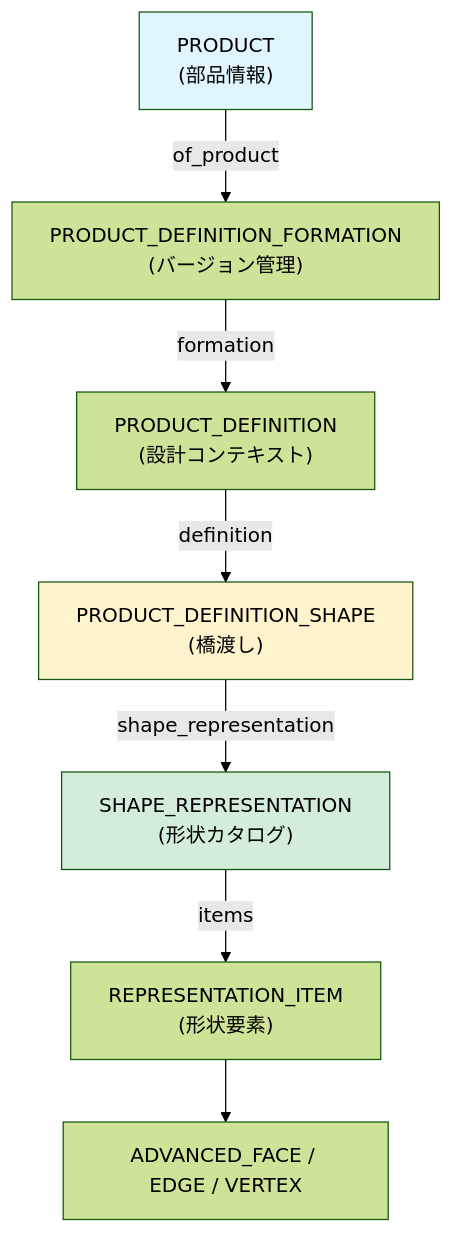
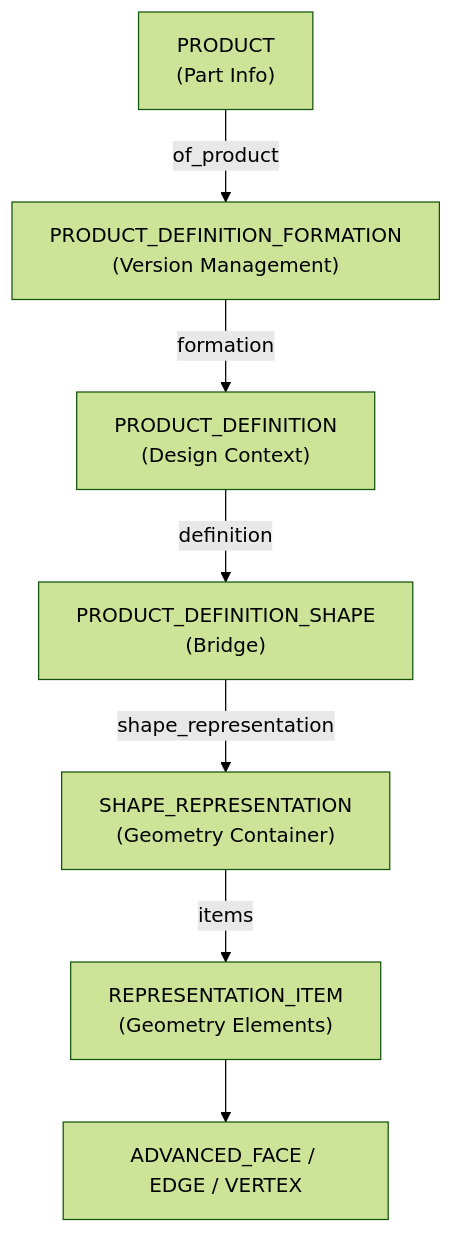
The first of 4 diagrams in format/data-model-map.md (takuto-NA/step-standards-explained), drawn with Mermaid (forest theme) before and after one commit. The commit also changed other lines of this file and 25 other files, not shown here.

````diff
--- a/format/data-model-map.md
+++ b/format/data-model-map.md
@@ -31,13 +31,9 @@
 ```mermaid
 graph TD
-    P["PRODUCT<br/>(部品情報)"] -->|"of_product"| PDF["PRODUCT_DEFINITION_FORMATION<br/>(バージョン管理)"]
-    PDF -->|"formation"| PD["PRODUCT_DEFINITION<br/>(設計コンテキスト)"]
-    PD -->|"definition"| PDS["PRODUCT_DEFINITION_SHAPE<br/>(橋渡し)"]
-    PDS -->|"shape_representation"| SR["SHAPE_REPRESENTATION<br/>(形状カタログ)"]
-    SR -->|"items"| RI["REPRESENTATION_ITEM<br/>(形状要素)"]
+    P["PRODUCT<br/>(Part Info)"] -->|"of_product"| PDF["PRODUCT_DEFINITION_FORMATION<br/>(Version Management)"]
+    PDF -->|"formation"| PD["PRODUCT_DEFINITION<br/>(Design Context)"]
+    PD -->|"definition"| PDS["PRODUCT_DEFINITION_SHAPE<br/>(Bridge)"]
+    PDS -->|"shape_representation"| SR["SHAPE_REPRESENTATION<br/>(Geometry Container)"]
+    SR -->|"items"| RI["REPRESENTATION_ITEM<br/>(Geometry Elements)"]
     RI --> AF["ADVANCED_FACE / EDGE / VERTEX"]
-    
-    style P fill:#e1f5ff
-    style PDS fill:#fff3cd
-    style SR fill:#d4edda
 ```
````
